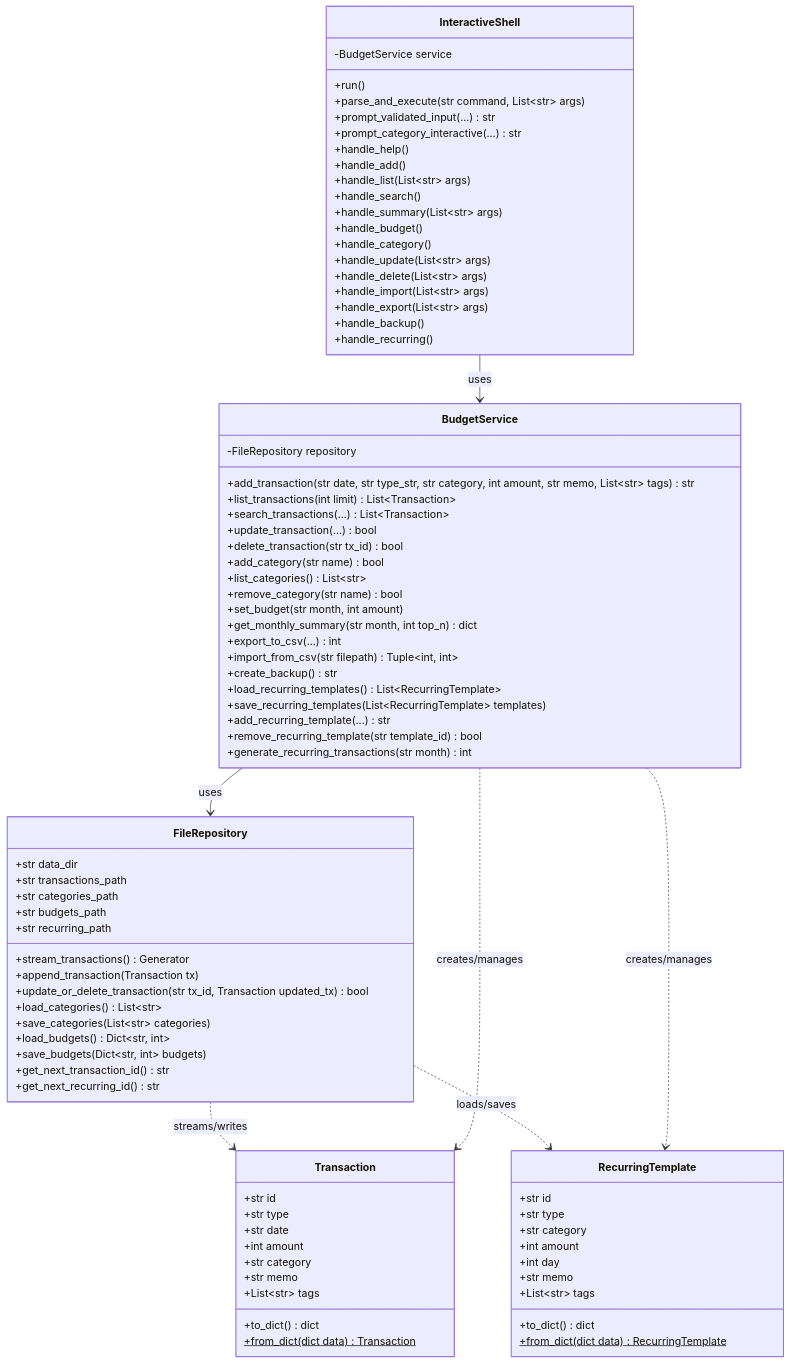
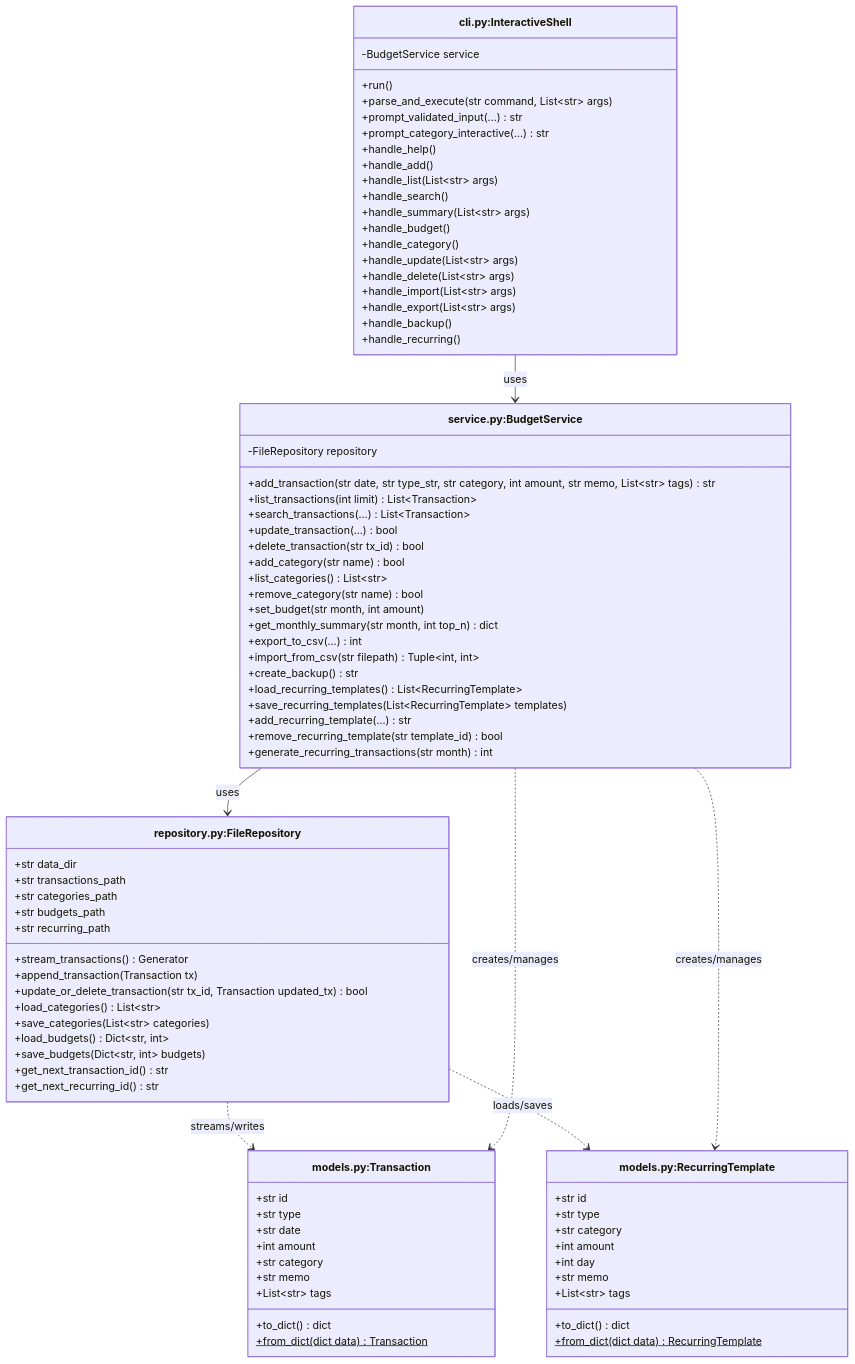
One commit to ntt65/codyssey changed the first of 5 diagrams in b2_1/code_review.md. Above: the diagram before and after it, drawn with Mermaid.

Commit message:
클래스 차트 개선

````diff
--- a/b2_1/code_review.md
+++ b/b2_1/code_review.md
@@ -142,6 +142,6 @@
 ```mermaid
 classDiagram
-    class Transaction {
+    class Transaction["models.py:Transaction"] {
         +str id
         +str type
         +str date
@@ -152,7 +152,7 @@
         +to_dict() dict
         +from_dict(dict data) Transaction$
     }
-    class RecurringTemplate {
+    class RecurringTemplate["models.py:RecurringTemplate"] {
         +str id
         +str type
         +str category
@@ -163,7 +163,7 @@
         +to_dict() dict
         +from_dict(dict data) RecurringTemplate$
     }
-    class FileRepository {
+    class FileRepository["repository.py:FileRepository"] {
         +str data_dir
         +str transactions_path
         +str categories_path
@@ -179,7 +179,7 @@
         +get_next_transaction_id() str
         +get_next_recurring_id() str
     }
-    class BudgetService {
+    class BudgetService["service.py:BudgetService"] {
         -FileRepository repository
         +add_transaction(str date, str type_str, str category, int amount, str memo, List~str~ tags) str
         +list_transactions(int limit) List~Transaction~
@@ -200,7 +200,7 @@
         +remove_recurring_template(str template_id) bool
         +generate_recurring_transactions(str month) int
     }
-    class InteractiveShell {
+    class InteractiveShell["cli.py:InteractiveShell"] {
         -BudgetService service
         +run()
         +parse_and_execute(str command, List~str~ args)
````
